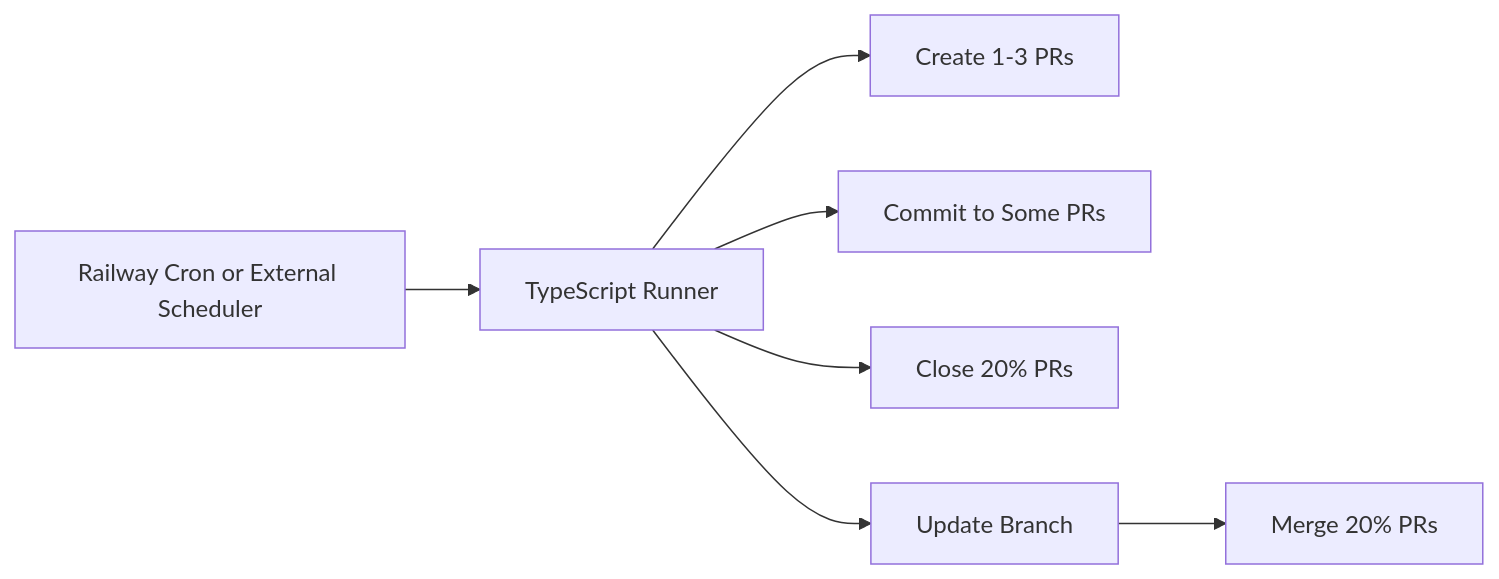
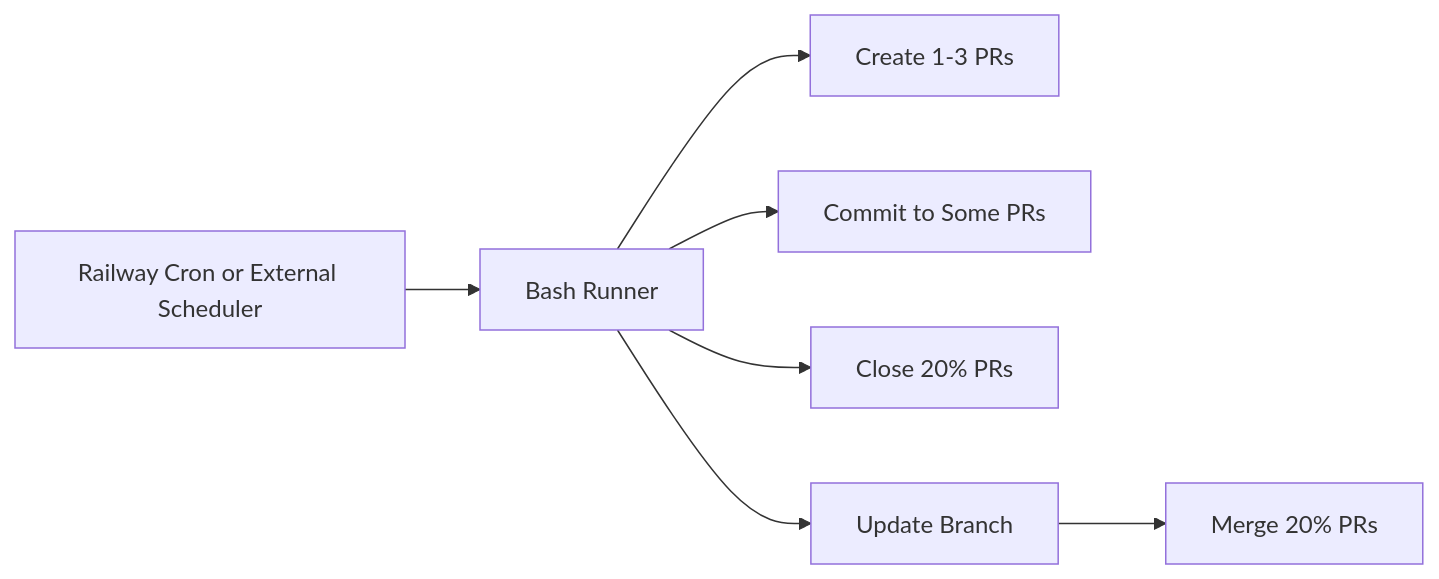
One commit to dxta-dev/pr-commit-generator changed the diagram in lode/automation/summary.md. Above: the diagram before and after it, drawn with Mermaid. The commit also changed other lines of this file and 1 other file, not shown here.

````diff
--- a/lode/automation/summary.md
+++ b/lode/automation/summary.md
@@ -32,9 +32,9 @@
 ```mermaid
 flowchart LR
-  Scheduler[Railway Cron or External Scheduler] --> Runner[TypeScript Runner]
+  Scheduler[Railway Cron or External Scheduler] --> Runner[Bash Runner]
   Runner --> Create[Create 1-3 PRs]
   Runner --> Update[Commit to Some PRs]
   Runner --> Close[Close 20% PRs]
   Runner --> Rebase[Update Branch]
   Rebase --> Merge[Merge 20% PRs]
 ```
````
